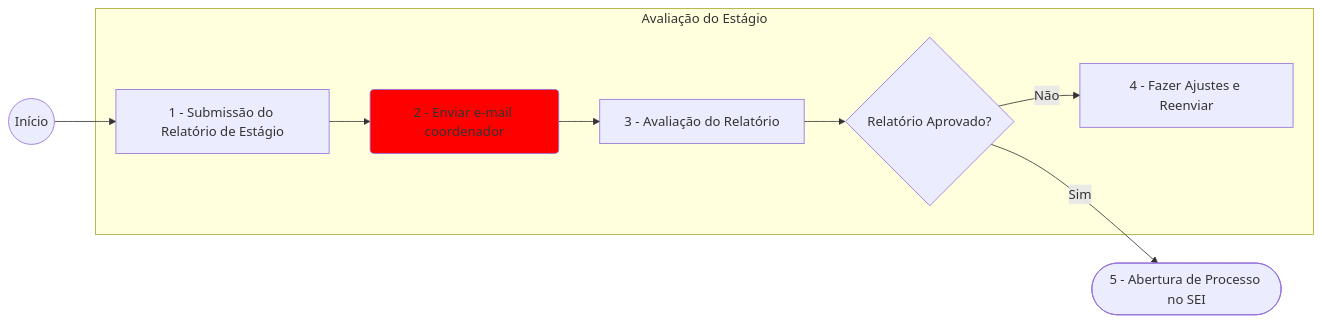
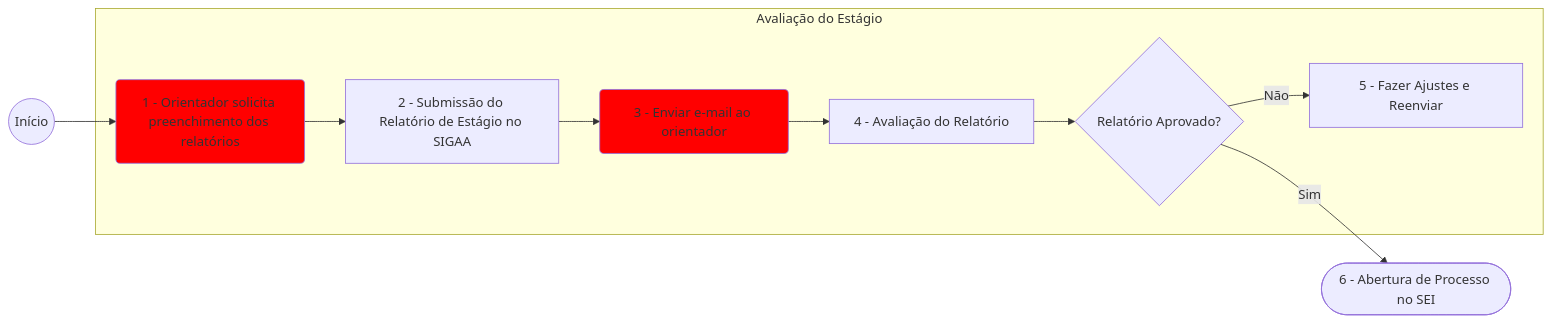
One commit to ccufcg/ce changed the second of 2 diagrams in procedimentos/conclusao/SIGAA.md. Above: the diagram before and after it, drawn with Mermaid. The commit also changed other lines of this file, not shown here.

Commit message:
Atualização e ajustes de redação nos procedimentos

````diff
--- a/procedimentos/conclusao/SIGAA.md
+++ b/procedimentos/conclusao/SIGAA.md
@@ -32,18 +33,19 @@
 ```mermaid
 flowchart LR
 
-    AA@{ shape: circle, label: "Início" } --> A
+    AA@{ shape: circle, label: "Início" } --> S
 
     subgraph p1 [Avaliação do Estágio]
-        A[1 - Submissão do Relatório de Estágio] 
-        A --> MAIL(2 - Enviar e-mail coordenador):::someclass
-        MAIL --> B[3 - Avaliação do Relatório]
+        S(1 - Orientador solicita preenchimento dos relatórios):::someclass
+        S --> A[2 - Submissão do Relatório de Estágio no SIGAA]
+        A --> MAIL(3 - Enviar e-mail ao orientador):::someclass
+        MAIL --> B[4 - Avaliação do Relatório]
         B --> C{Relatório Aprovado?}
         
-        C -- Não --> I[4 - Fazer Ajustes e Reenviar] 
+        C -- Não --> I[5 - Fazer Ajustes e Reenviar] 
     end
     
-    C -- Sim --> D@{ shape: stadium, label: "5 - Abertura de Processo no SEI" }
+    C -- Sim --> D@{ shape: stadium, label: "6 - Abertura de Processo no SEI" }
 
     classDef someclass fill:#f00
 ```
````
